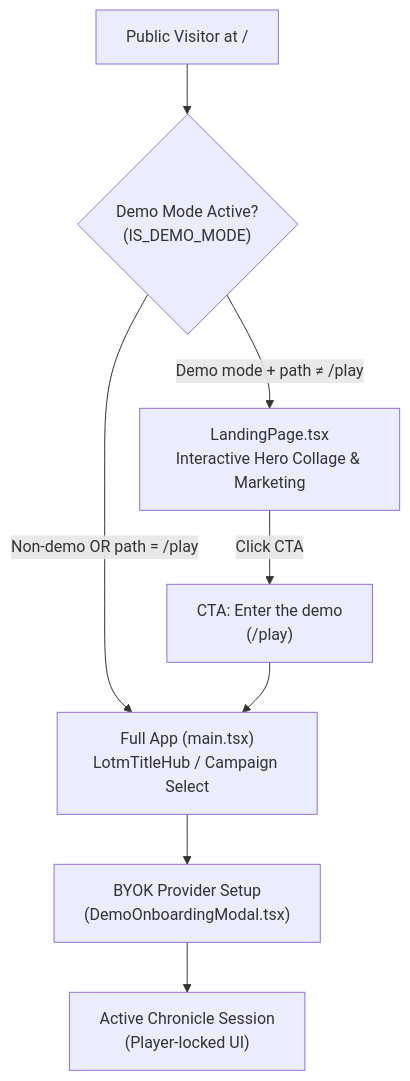
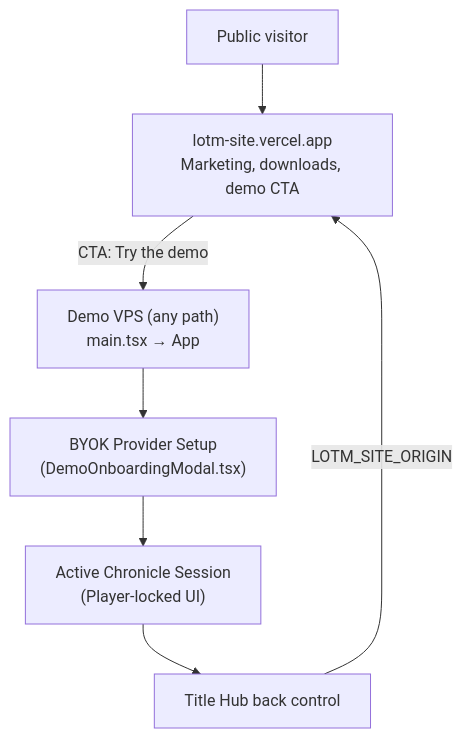
Before and after one commit to TheMagiche/LOTM-GAME: the diagram in docs/agents/lotm-landing-page.md, drawn with Mermaid. The commit also changed other lines of this file and 10 other files, not shown here.

````diff
--- a/docs/agents/lotm-landing-page.md
+++ b/docs/agents/lotm-landing-page.md
@@ -19,18 +22,16 @@
 ```mermaid
 flowchart TD
-    Visitor["Public Visitor at /"]
-    Gate{"Demo Mode Active?<br/>(IS_DEMO_MODE)"}
-    Landing["LandingPage.tsx<br/>Interactive Hero Collage & Marketing"]
-    PlayCTA["CTA: Enter the demo<br/>(/play)"]
-    App["Full App (main.tsx)<br/>LotmTitleHub / Campaign Select"]
+    Visitor["Public visitor"]
+    Site["lotm-site.vercel.app<br/>Marketing, downloads, demo CTA"]
+    Demo["Demo VPS (any path)<br/>main.tsx → App"]
     BYOKModal["BYOK Provider Setup<br/>(DemoOnboardingModal.tsx)"]
     Chronicle["Active Chronicle Session<br/>(Player-locked UI)"]
+    Back["Title Hub back control"]
 
-    Visitor --> Gate
-    Gate -->|"Demo mode + path ≠ /play"| Landing
-    Gate -->|"Non-demo OR path = /play"| App
-    Landing -->|"Click CTA"| PlayCTA
-    PlayCTA --> App
-    App --> BYOKModal
+    Visitor --> Site
+    Site -->|"CTA: Try the demo"| Demo
+    Demo --> BYOKModal
     BYOKModal --> Chronicle
+    Chronicle --> Back
+    Back -->|"LOTM_SITE_ORIGIN"| Site
 ```
````
